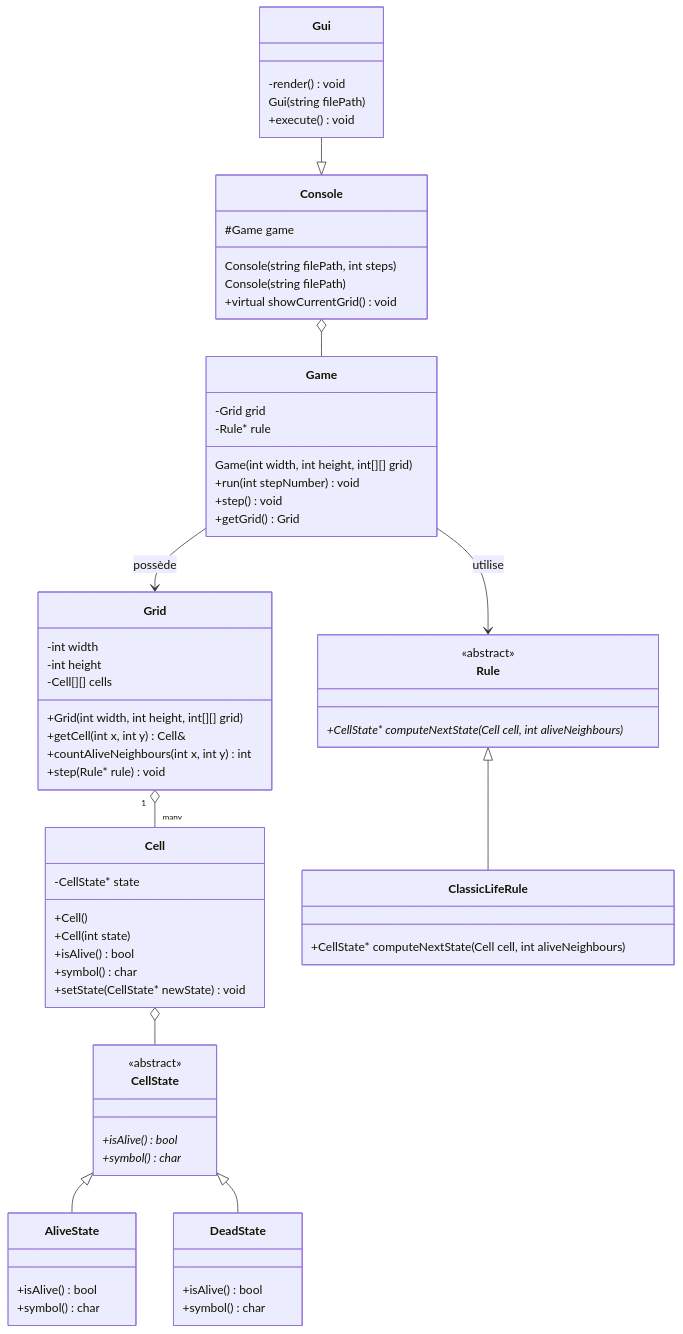
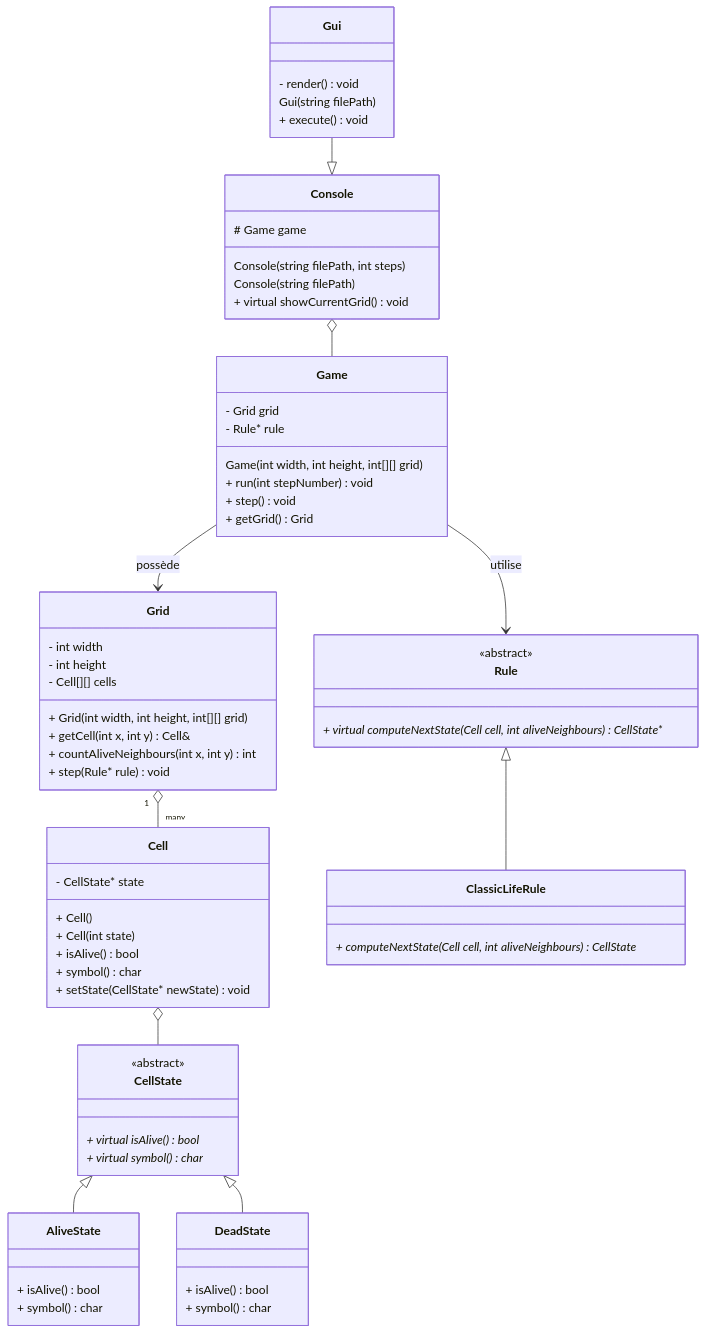
The diagram in diagrams/class_diagram.md (Vecta6/CESI-Projet-POO-25-26), drawn with Mermaid before and after one commit. The commit also changed 10 other files, not shown here.

Commit message:
creation .h + contenu + corrections diagramme classes

```diff
--- a/diagrams/class_diagram.md
+++ b/diagrams/class_diagram.md
@@ -3,78 +3,78 @@
     %% --- Logique métier ---
 
     class Game {
-        -Grid grid
-        -Rule* rule
+        - Grid grid
+        - Rule* rule
 
         Game(int width, int height, int[][] grid)
 
-        +run(int stepNumber) void
-        +step() void
-        +getGrid() Grid
+        + run(int stepNumber) void
+        + step() void
+        + getGrid() Grid
     }
 
     class Grid {
-        -int width
-        -int height
-        -Cell[][] cells
+        - int width
+        - int height
+        - Cell[][] cells
 
-        +Grid(int width, int height, int[][] grid)
+        + Grid(int width, int height, int[][] grid)
 
-        +getCell(int x, int y) Cell&
-        +countAliveNeighbours(int x, int y) int
-        +step(Rule* rule) void
+        + getCell(int x, int y) Cell&
+        + countAliveNeighbours(int x, int y) int
+        + step(Rule* rule) void
     }
 
     class Cell {
-        -CellState* state
+        - CellState* state
 
-        +Cell()
-        +Cell(int state)
+        + Cell()
+        + Cell(int state)
 
-        +isAlive() bool
-        +symbol() char
-        +setState(CellState* newState) void
+        + isAlive() bool
+        + symbol() char
+        + setState(CellState* newState) void
     }
 
     class CellState {
         <<abstract>>
-        +isAlive() bool*
-        +symbol() char*
+        + virtual isAlive() bool*
+        + virtual symbol() char*
     }
 
     class AliveState {
-        +isAlive() bool
-        +symbol() char
+        + isAlive() bool
+        + symbol() char
     }
 
     class DeadState {
-        +isAlive() bool
-        +symbol() char
+        + isAlive() bool
+        + symbol() char
     }
 
     class Rule {
         <<abstract>>
-        +CellState* computeNextState(Cell cell, int aliveNeighbours)*
+        + virtual computeNextState(Cell cell, int aliveNeighbours)* CellState*
     }
 
     class ClassicLifeRule {
-        +CellState* computeNextState(Cell cell, int aliveNeighbours)
+        + computeNextState(Cell cell, int aliveNeighbours) CellState*
     }
 
     class Console {
-        #Game game
+        # Game game
 
         Console(string filePath, int steps)
         Console(string filePath)
 
-        +virtual showCurrentGrid() void
+        + virtual showCurrentGrid() void
 
     }
 
     class Gui {
-        -render() void
+        - render() void
         Gui(string filePath)
-        +execute() void
+        + execute() void
     }
 
     %% --- Relations ---
```
